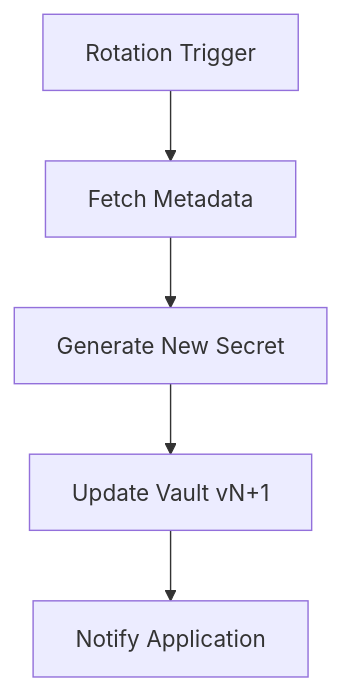
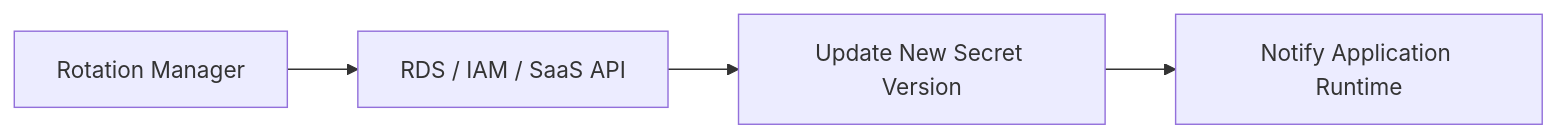
The sixth of 11 diagrams in README.md (Devopstrio/secret-management-blueprint), drawn with Mermaid before and after one commit. The commit also changed other lines of this file, not shown here.

Commit message:
docs: implement 11+ professional architecture diagrams for secret management blueprint platform

````diff
--- a/README.md
+++ b/README.md
@@ -84,7 +155,6 @@
 ```mermaid
-graph TD
-    Trigger[Rotation Trigger] --> Fetch[Fetch Metadata]
-    Fetch --> Gen[Generate New Secret]
-    Gen --> Update[Update Vault vN+1]
-    Update --> Notify[Notify Application]
+graph LR
+    Manager["Rotation Manager"] --> Target["RDS / IAM / SaaS API"]
+    Target --> Vault["Update New Secret Version"]
+    Vault --> App["Notify Application Runtime"]
 ```
````
